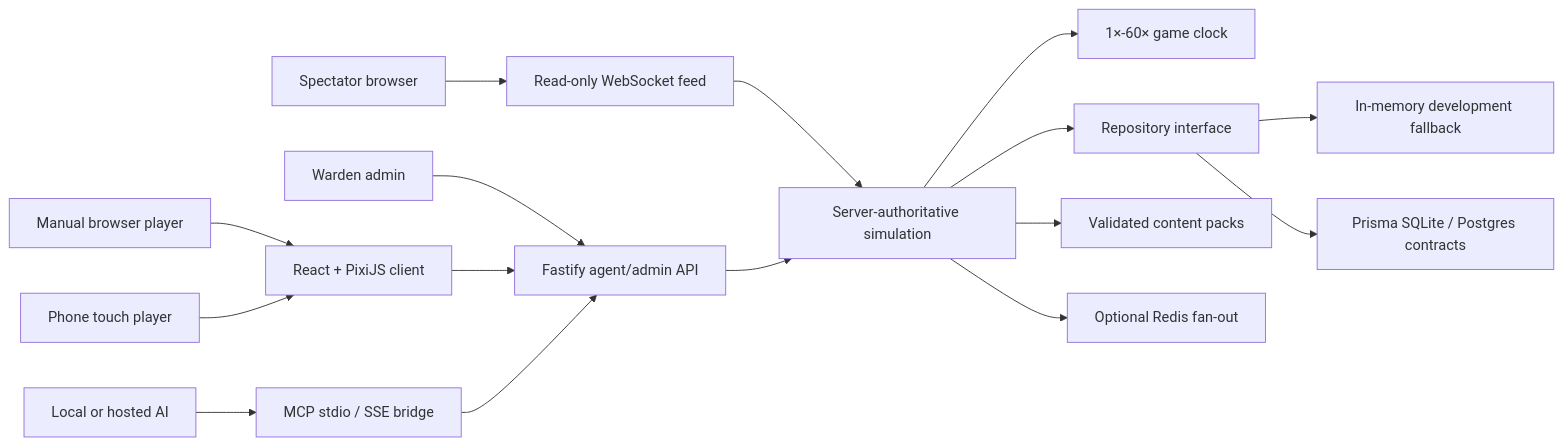
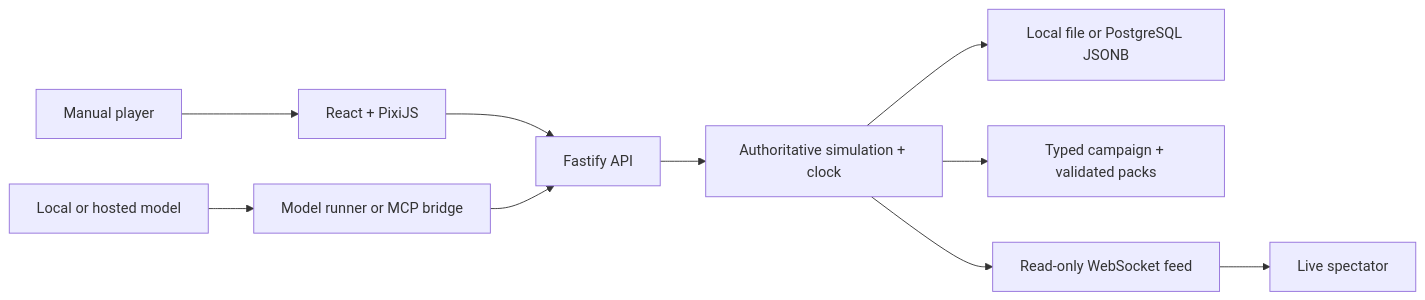
One commit to MathewFigueroa/rockbottom-rpg changed the diagram in README.md. Above: the diagram before and after it, drawn with Mermaid. The commit also changed other lines of this file and 5 other files, not shown here.

Commit message:
Refresh current game and model setup docs; validate Compose configuration

````diff
--- a/README.md
+++ b/README.md
@@ -253,18 +127,12 @@
 ```mermaid
 flowchart LR
-  Manual["Manual browser player"] --> Client["React + PixiJS client"]
-  Touch["Phone touch player"] --> Client
-  Agent["Local or hosted AI"] --> MCP["MCP stdio / SSE bridge"]
-  Watch["Spectator browser"] --> WS["Read-only WebSocket feed"]
-  Admin["Warden admin"] --> API["Fastify agent/admin API"]
-  Client --> API
-  MCP --> API
-  WS --> Sim["Server-authoritative simulation"]
-  API --> Sim
-  Sim --> Clock["1×-60× game clock"]
-  Sim --> Store["Repository interface"]
-  Store --> Memory["In-memory development fallback"]
-  Store --> Prisma["Prisma SQLite / Postgres contracts"]
-  Sim --> Packs["Validated content packs"]
-  Sim --> Redis["Optional Redis fan-out"]
+  Player[Manual player] --> Browser[React + PixiJS]
+  Model[Local or hosted model] --> Runner[Model runner or MCP bridge]
+  Browser --> API[Fastify API]
+  Runner --> API
+  API --> Simulation[Authoritative simulation + clock]
+  Simulation --> Store[Local file or PostgreSQL JSONB]
+  Simulation --> Content[Typed campaign + validated packs]
+  Simulation --> Feed[Read-only WebSocket feed]
+  Feed --> Spectator[Live spectator]
 ```
````
